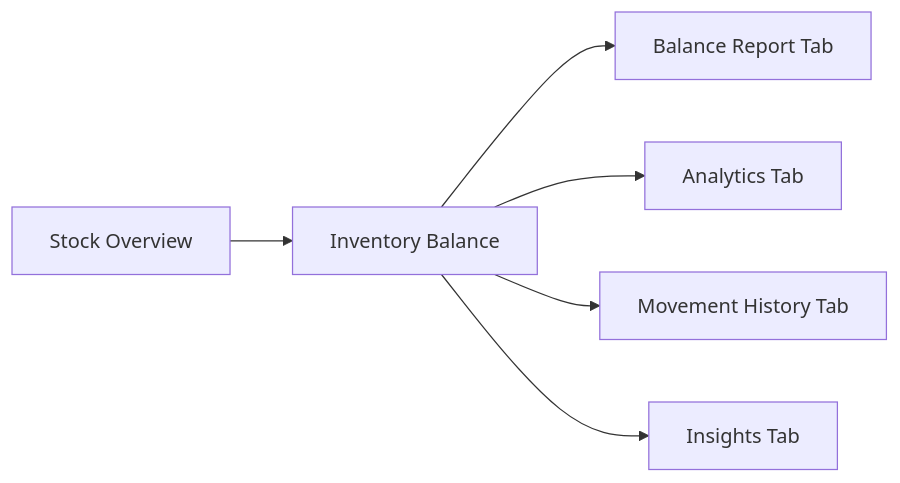
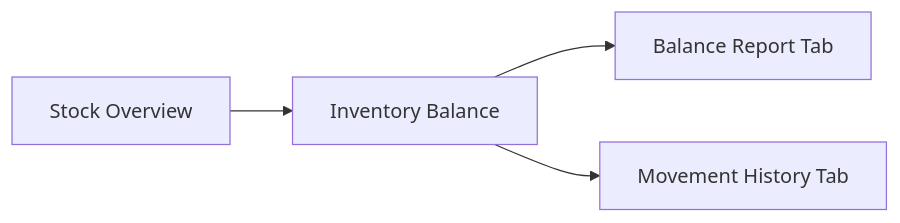
Before and after one commit to PeakMNA/carmen: the second of 3 diagrams in docs/app/inventory-management/stock-overview/inventory-balance/TS-inventory-balance.md, drawn with Mermaid. The commit also changed other lines of this file and 473 other files, not shown here.

````diff
--- a/docs/app/inventory-management/stock-overview/inventory-balance/TS-inventory-balance.md
+++ b/docs/app/inventory-management/stock-overview/inventory-balance/TS-inventory-balance.md
@@ -49,8 +56,6 @@
 ```mermaid
 graph LR
     A[Stock Overview] --> B[Inventory Balance]
     B --> C[Balance Report Tab]
-    B --> D[Analytics Tab]
-    B --> E[Movement History Tab]
-    B --> F[Insights Tab]
+    B --> D[Movement History Tab]
 ```
````
